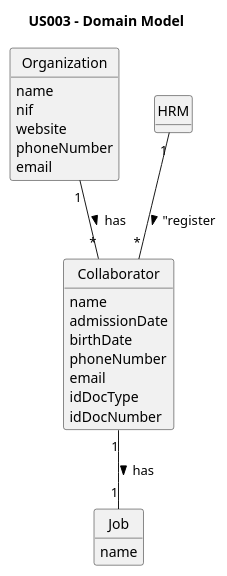
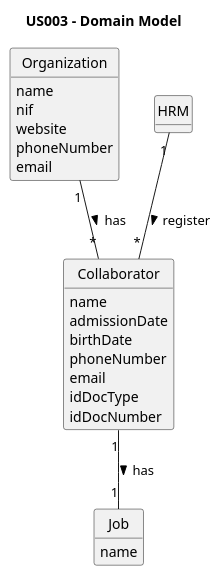
The diagram in docs/sprintA/us003/02.analysis/puml/us003-domain-model.puml (Rui-San/LAPR2_2023_2024), drawn with PlantUML before and after one commit. The commit also changed 1 other file, not shown here.

```diff
--- a/docs/sprintA/us003/02.analysis/puml/us003-domain-model.puml
+++ b/docs/sprintA/us003/02.analysis/puml/us003-domain-model.puml
@@ -1,44 +1,44 @@
 @startuml
 skinparam monochrome true
 skinparam packageStyle rectangle
 skinparam shadowing false
 'left to right direction
 
 skinparam classAttributeIconSize 0
 
 hide circle
 hide methods
 
 title US003 - Domain Model
 
 class Organization {
     name
     nif
     website
     phoneNumber
     email
 }
 
 class HRM{
 
 }
 
 class Job{
     name
 }
 
 class Collaborator{
     name
     admissionDate
     birthDate
     phoneNumber
     email
     idDocType
     idDocNumber
 }
 
-HRM "1" -- "*" Collaborator : "register >
+HRM "1" -- "*" Collaborator : "register >"
 Organization "1" -- "*" Collaborator : "has >"
 Collaborator "1" -- "1" Job : "has >"
 
 @enduml
```
